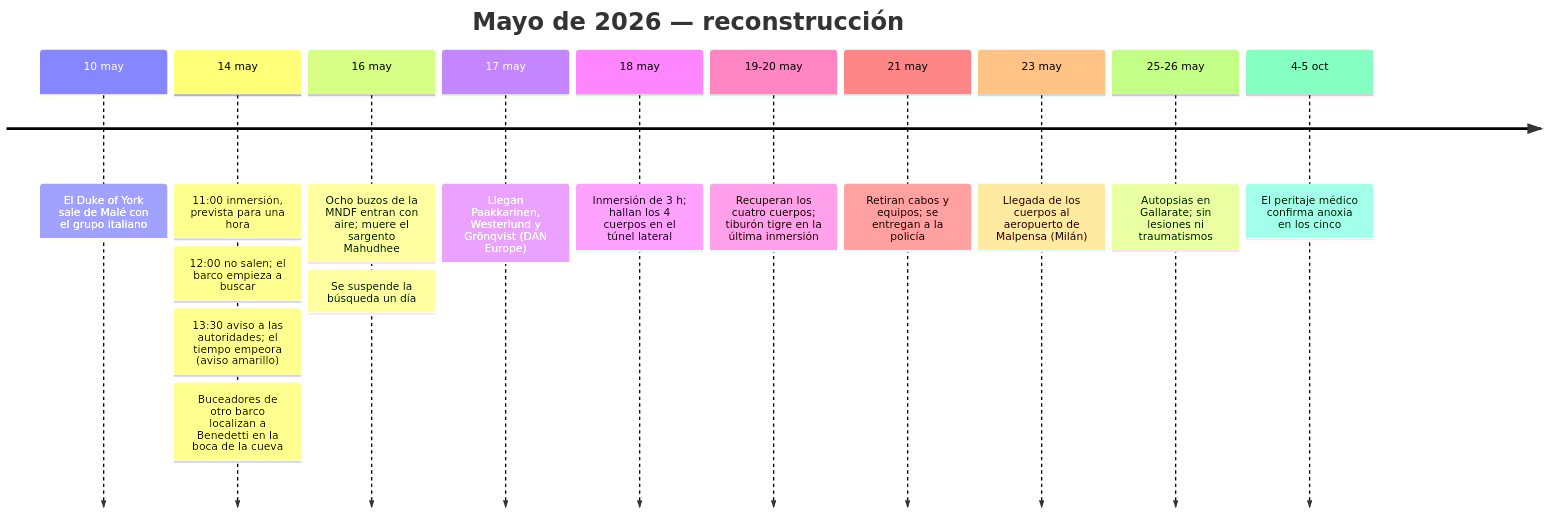
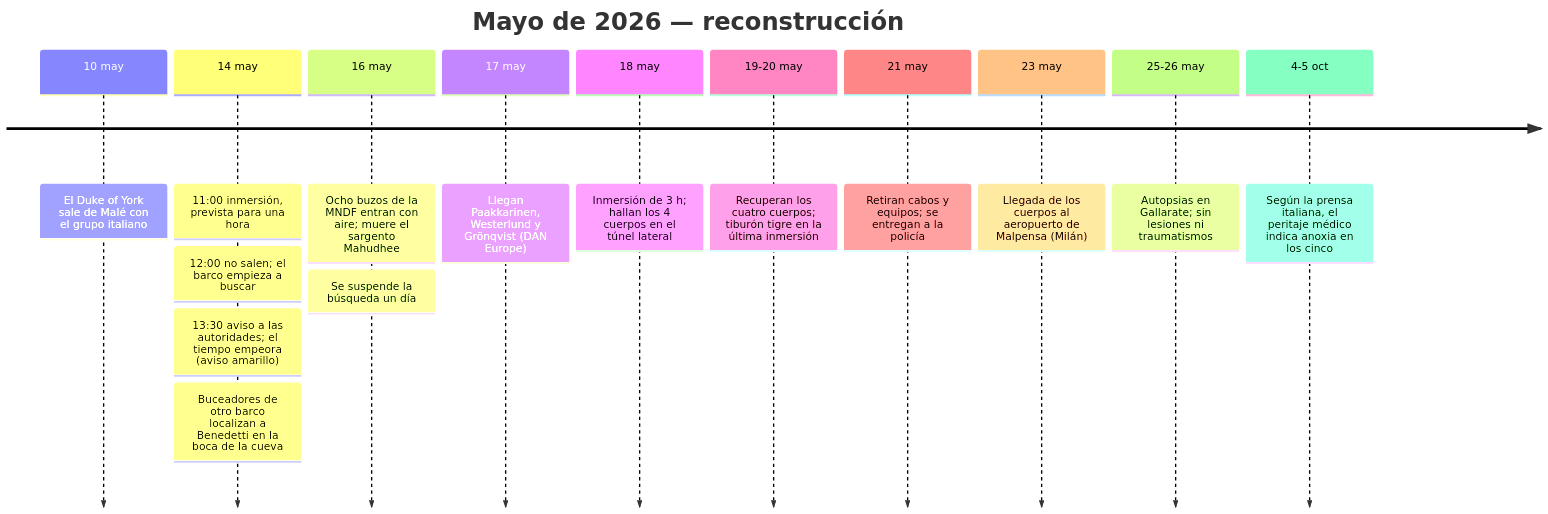
The first of 2 diagrams in README.md (Oskillar28/cueva-vaavu-maldivas), drawn with Mermaid before and after one commit. The commit also changed other lines of this file and 10 other files, not shown here.

````diff
--- a/README.md
+++ b/README.md
@@ -238,18 +240,18 @@
 ```mermaid
 timeline
     title Mayo de 2026 — reconstrucción
     10 may : El Duke of York sale de Malé con el grupo italiano
     14 may : 11:00 inmersión, prevista para una hora
            : 12:00 no salen; el barco empieza a buscar
            : 13:30 aviso a las autoridades; el tiempo empeora (aviso amarillo)
            : Buceadores de otro barco localizan a Benedetti en la boca de la cueva
     16 may : Ocho buzos de la MNDF entran con aire; muere el sargento Mahudhee
            : Se suspende la búsqueda un día
     17 may : Llegan Paakkarinen, Westerlund y Grönqvist (DAN Europe)
     18 may : Inmersión de 3 h; hallan los 4 cuerpos en el túnel lateral
     19-20 may : Recuperan los cuatro cuerpos; tiburón tigre en la última inmersión
     21 may : Retiran cabos y equipos; se entregan a la policía
     23 may : Llegada de los cuerpos al aeropuerto de Malpensa (Milán)
     25-26 may : Autopsias en Gallarate; sin lesiones ni traumatismos
-    4-5 oct : El peritaje médico confirma anoxia en los cinco
+    4-5 oct : Según la prensa italiana, el peritaje médico indica anoxia en los cinco
 ```
````
